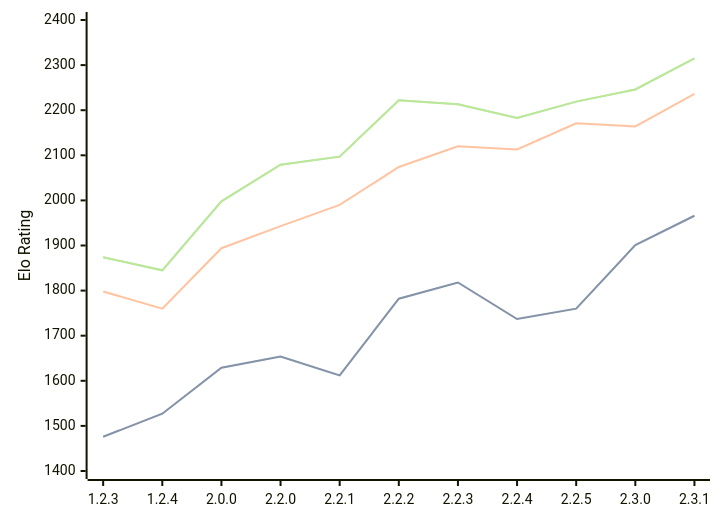
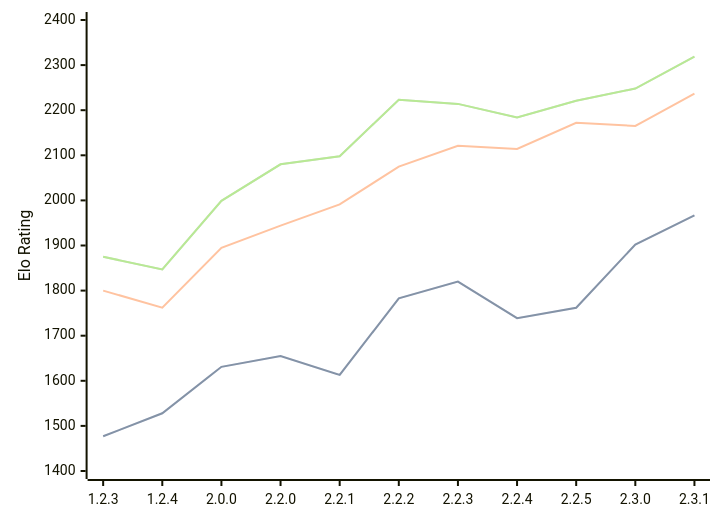
One commit to computer-chess-index/cci changed the diagram in engines/Kreveta.md. Above: the diagram before and after it, drawn with Mermaid. The commit also changed other lines of this file, not shown here.

Commit message:
Update CCI Ratings (ELO VLTC) - 2026-10-09

````diff
--- a/engines/Kreveta.md
+++ b/engines/Kreveta.md
@@ -43,11 +43,11 @@
 ```mermaid
 %%{init: {"theme":"base","themeVariables":{"seriesColors:['#a3a3a3','#222221','#faa371']}}}%%
 xychart-beta
   x-axis ["1.2.3", "1.2.4", "2.0.0", "2.2.0", "2.2.1", "2.2.2", "2.2.3", "2.2.4", "2.2.5", "2.3.0", "2.3.1"]
   y-axis "Elo Rating" 1400 --> 2400
-  line "" [1476, 1527, 1629, 1654, 1612, 1782, 1818, 1737, 1760, 1901, 1966]
-  line "STC (8.0+0.08s)" [1476, 1527, 1629, 1654, 1612, 1782, 1818, 1737, 1760, 1901, 1966]
-  line "LTC (60.0+0.60s)" [1798, 1760, 1894, 1943, 1990, 2074, 2120, 2113, 2171, 2164, 2236]
-  line "" [1874, 1845, 1998, 2079, 2097, 2222, 2213, 2183, 2219, 2246, 2315]
-  line "VLTC (2m24s+1.12s)" [1874, 1845, 1998, 2079, 2097, 2222, 2213, 2183, 2219, 2246, 2315]
+  line "" [1477, 1528, 1631, 1655, 1613, 1783, 1820, 1739, 1762, 1902, 1967]
+  line "STC (8.0+0.08s)" [1477, 1528, 1631, 1655, 1613, 1783, 1820, 1739, 1762, 1902, 1967]
+  line "LTC (60.0+0.60s)" [1800, 1762, 1895, 1944, 1991, 2075, 2121, 2114, 2172, 2165, 2237]
+  line "" [1875, 1847, 1999, 2080, 2098, 2223, 2214, 2184, 2221, 2248, 2319]
+  line "VLTC (2m24s+1.12s)" [1875, 1847, 1999, 2080, 2098, 2223, 2214, 2184, 2221, 2248, 2319]
 ```
````
